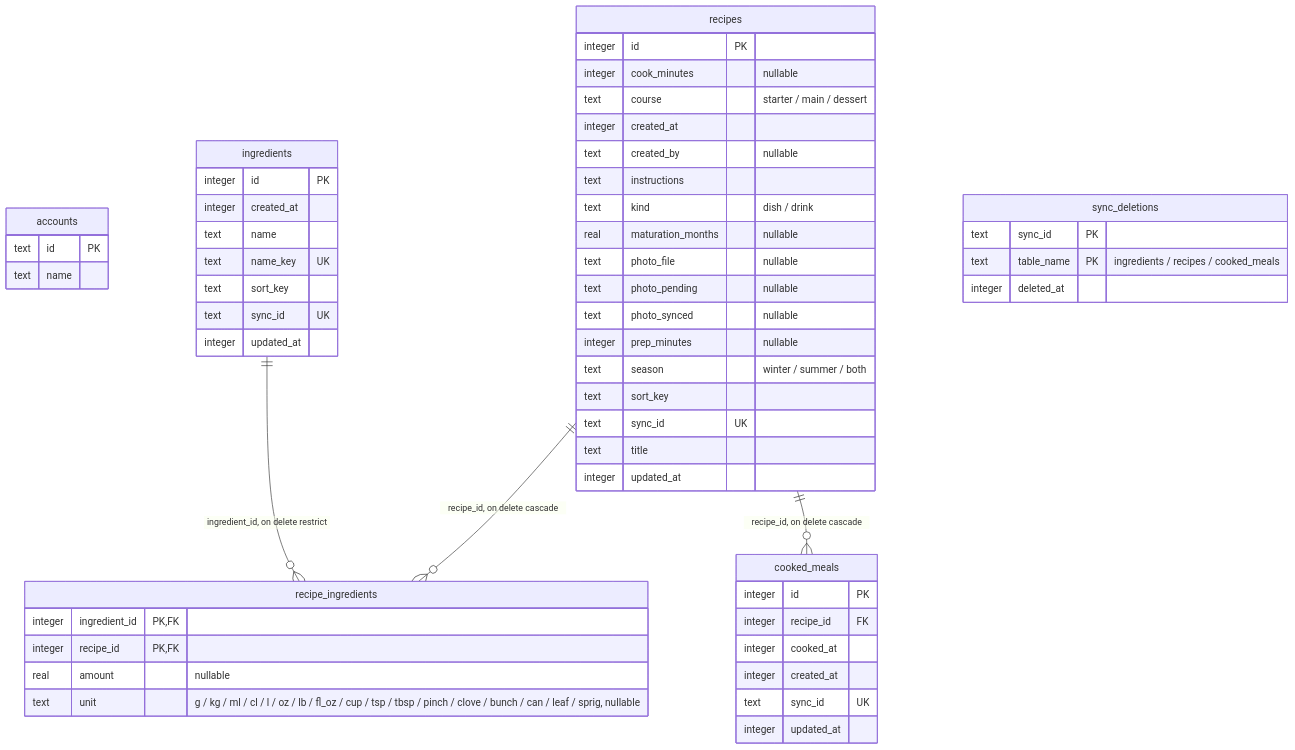
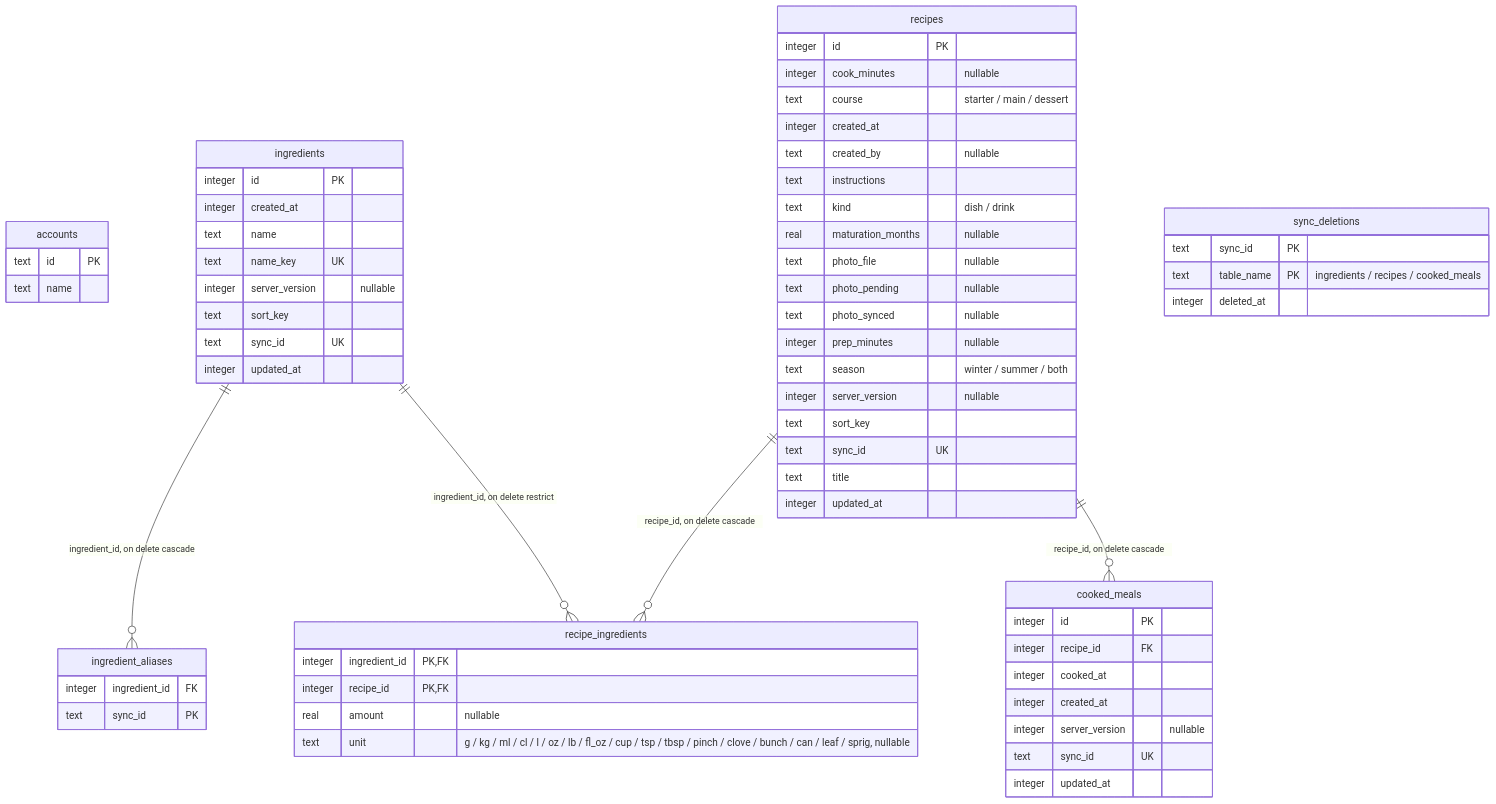
One commit to someoneinthe/dishes-cook changed the diagram in docs/database.md. Above: the diagram before and after it, drawn with Mermaid. The commit also changed other lines of this file and 12 other files, not shown here.

````diff
--- a/docs/database.md
+++ b/docs/database.md
@@ -10,57 +10,65 @@
 ```mermaid
 erDiagram
   accounts {
     text id PK
     text name
   }
   cooked_meals {
     integer id PK
     integer recipe_id FK
     integer cooked_at
     integer created_at
+    integer server_version "nullable"
     text sync_id UK
     integer updated_at
+  }
+  ingredient_aliases {
+    integer ingredient_id FK
+    text sync_id PK
   }
   ingredients {
     integer id PK
     integer created_at
     text name
     text name_key UK
+    integer server_version "nullable"
     text sort_key
     text sync_id UK
     integer updated_at
   }
   recipe_ingredients {
     integer ingredient_id PK, FK
     integer recipe_id PK, FK
     real amount "nullable"
     text unit "g / kg / ml / cl / l / oz / lb / fl_oz / cup / tsp / tbsp / pinch / clove / bunch / can / leaf / sprig, nullable"
   }
   recipes {
     integer id PK
     integer cook_minutes "nullable"
     text course "starter / main / dessert"
     integer created_at
     text created_by "nullable"
     text instructions
     text kind "dish / drink"
     real maturation_months "nullable"
     text photo_file "nullable"
     text photo_pending "nullable"
     text photo_synced "nullable"
     integer prep_minutes "nullable"
     text season "winter / summer / both"
+    integer server_version "nullable"
     text sort_key
     text sync_id UK
     text title
     integer updated_at
   }
   sync_deletions {
     text sync_id PK
     text table_name PK "ingredients / recipes / cooked_meals"
     integer deleted_at
   }
   recipes ||--o{ cooked_meals : "recipe_id, on delete cascade"
+  ingredients ||--o{ ingredient_aliases : "ingredient_id, on delete cascade"
   ingredients ||--o{ recipe_ingredients : "ingredient_id, on delete restrict"
   recipes ||--o{ recipe_ingredients : "recipe_id, on delete cascade"
 ```
````
